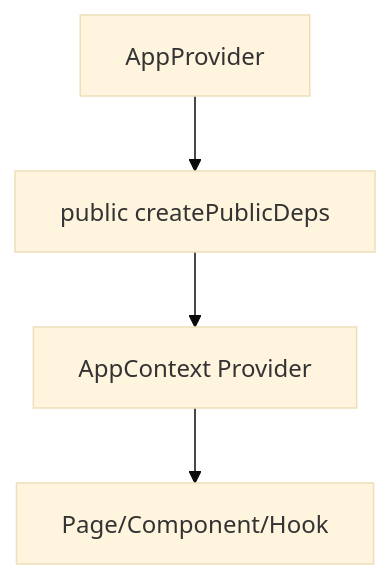
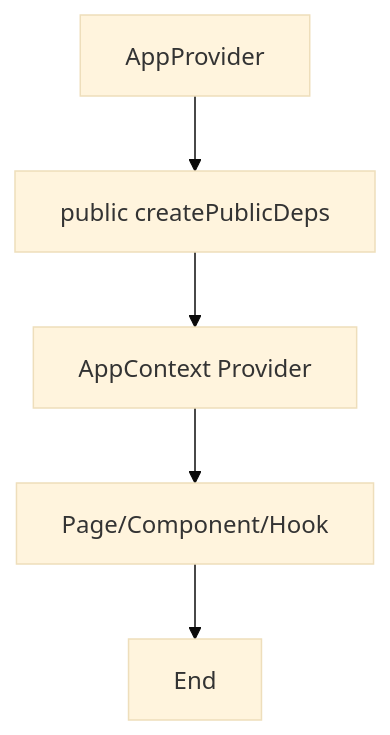
Before and after one commit to LevelCapTech/Agile-PMBOK-Assist: the second of 2 diagrams in .github/copilot/plans/00-nextjs-plugin-ssot.md, drawn with Mermaid (base theme). The commit also changed other lines of this file and 1 other file, not shown here.

````diff
--- a/.github/copilot/plans/00-nextjs-plugin-ssot.md
+++ b/.github/copilot/plans/00-nextjs-plugin-ssot.md
@@ -67,6 +67,7 @@
 ```mermaid
 flowchart TD
   A[AppProvider] --> B[public createPublicDeps]
   B --> C[AppContext Provider]
   C --> D[Page/Component/Hook]
+  D --> E[End]
 ```
````
